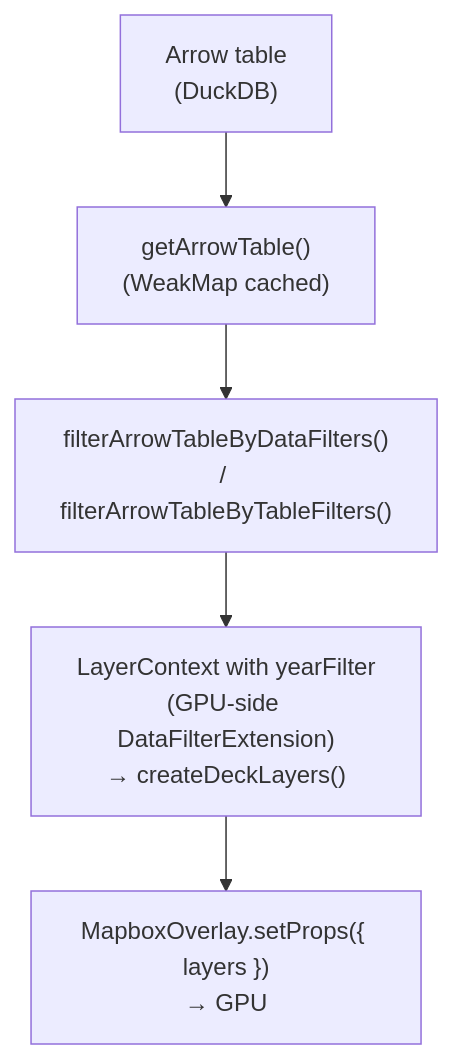
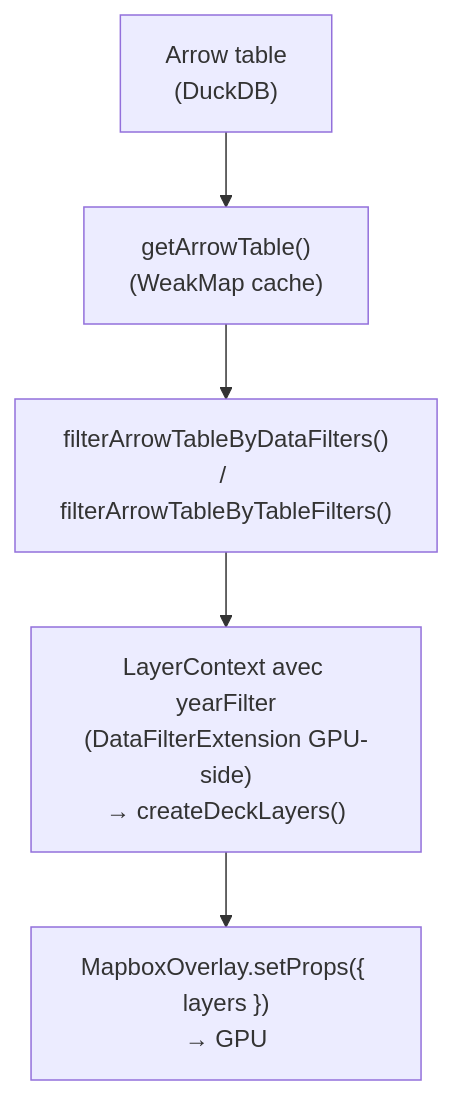
Before and after one commit to AtelierCartographie/khartis-v3: the diagram in docs/MAP.md, drawn with Mermaid. The commit also changed other lines of this file and 15 other files, not shown here.

````diff
--- a/docs/MAP.md
+++ b/docs/MAP.md
@@ -9,10 +11,10 @@
 ```mermaid
 flowchart TB
     AT["Arrow table<br/>(DuckDB)"]
-    GET["getArrowTable()<br/>(WeakMap cached)"]
+    GET["getArrowTable()<br/>(WeakMap cache)"]
     DFIL["filterArrowTableByDataFilters()<br/>/ filterArrowTableByTableFilters()"]
-    LC["LayerContext with yearFilter<br/>(GPU-side DataFilterExtension)<br/>→ createDeckLayers()"]
+    LC["LayerContext avec yearFilter<br/>(DataFilterExtension GPU-side)<br/>→ createDeckLayers()"]
     GPU["MapboxOverlay.setProps({ layers })<br/>→ GPU"]
 
     AT --> GET --> DFIL --> LC --> GPU
 ```
````
